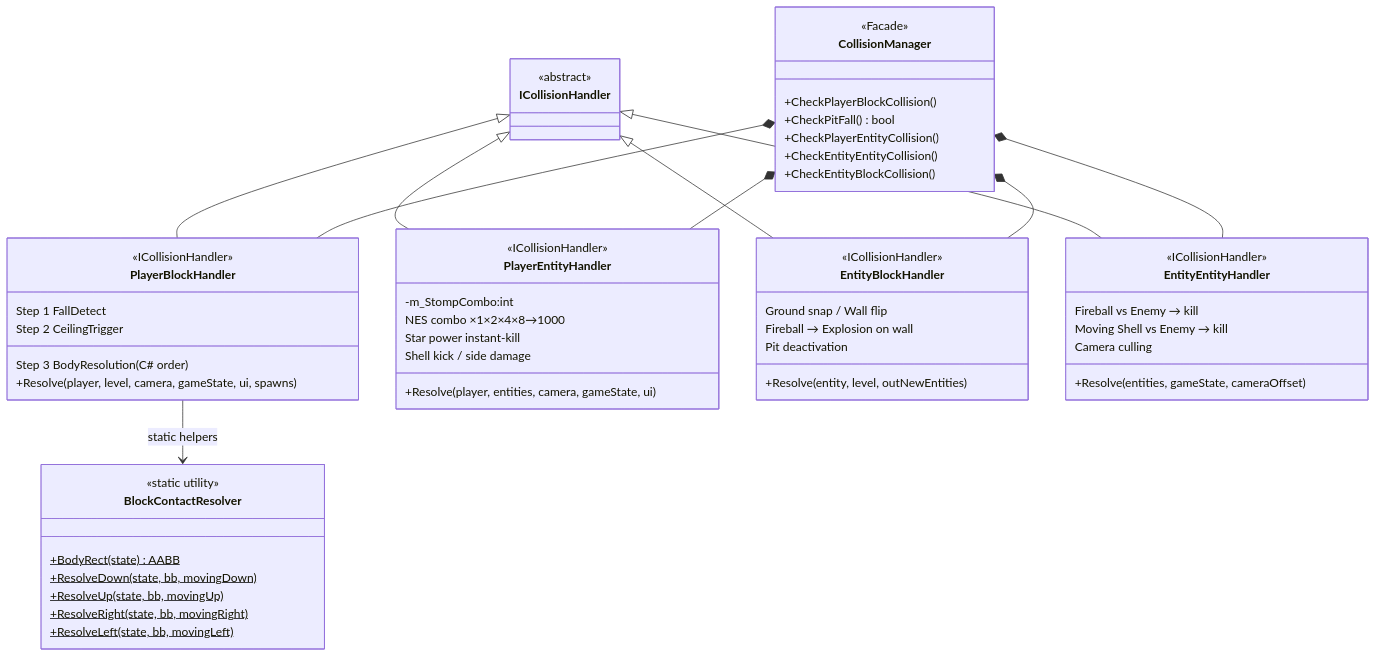
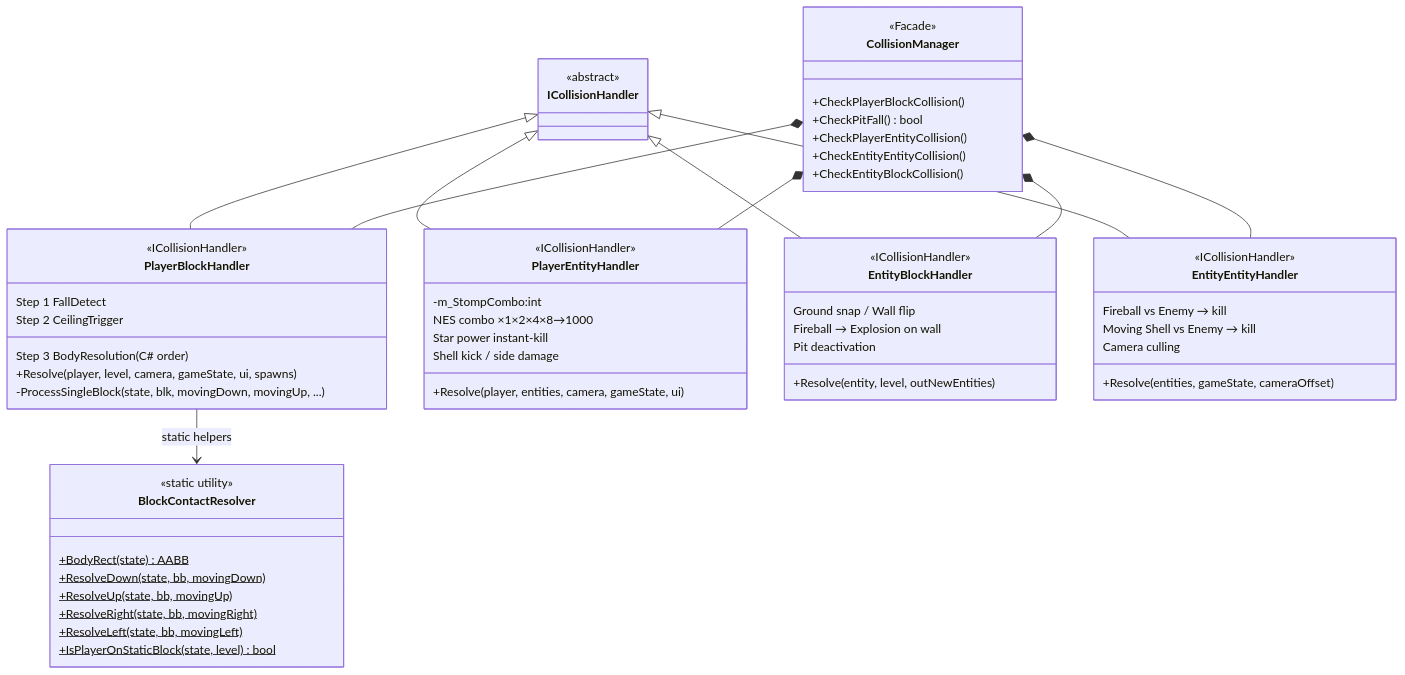
One commit to Andy87877/NTUT_OOPL_mario changed the fifth of 12 diagrams in Constructure.md. Above: the diagram before and after it, drawn with Mermaid. The commit also changed other lines of this file and 164 other files, not shown here.

````diff
--- a/Constructure.md
+++ b/Constructure.md
@@ -294,68 +304,70 @@
 ```mermaid
 classDiagram
     direction TB
 
     class ICollisionHandler { <<abstract>> }
 
     class BlockContactResolver {
         <<static utility>>
         +BodyRect(state)$ AABB
         +ResolveDown(state, bb, movingDown)$
         +ResolveUp(state, bb, movingUp)$
         +ResolveRight(state, bb, movingRight)$
         +ResolveLeft(state, bb, movingLeft)$
+        +IsPlayerOnStaticBlock(state, level)$ bool
     }
 
     class PlayerBlockHandler {
         <<ICollisionHandler>>
         Step 1 FallDetect
         Step 2 CeilingTrigger
         Step 3 BodyResolution (C# order)
         +Resolve(player, level, camera, gameState, ui, spawns)
+        -ProcessSingleBlock(state, blk, movingDown, movingUp, ...)
     }
 
     class PlayerEntityHandler {
         <<ICollisionHandler>>
         -m_StompCombo:int
         NES combo ×1×2×4×8→1000
         Star power instant-kill
         Shell kick / side damage
         +Resolve(player, entities, camera, gameState, ui)
     }
 
     class EntityBlockHandler {
         <<ICollisionHandler>>
         Ground snap / Wall flip
         Fireball → Explosion on wall
         Pit deactivation
         +Resolve(entity, level, outNewEntities)
     }
 
     class EntityEntityHandler {
         <<ICollisionHandler>>
         Fireball vs Enemy → kill
         Moving Shell vs Enemy → kill
         Camera culling
         +Resolve(entities, gameState, cameraOffset)
     }
 
     class CollisionManager {
         <<Facade>>
         +CheckPlayerBlockCollision()
         +CheckPitFall() bool
         +CheckPlayerEntityCollision()
         +CheckEntityEntityCollision()
         +CheckEntityBlockCollision()
     }
 
     ICollisionHandler <|-- PlayerBlockHandler
     ICollisionHandler <|-- PlayerEntityHandler
     ICollisionHandler <|-- EntityBlockHandler
     ICollisionHandler <|-- EntityEntityHandler
 
     PlayerBlockHandler --> BlockContactResolver : static helpers
     CollisionManager *-- PlayerBlockHandler
     CollisionManager *-- PlayerEntityHandler
     CollisionManager *-- EntityBlockHandler
     CollisionManager *-- EntityEntityHandler
 ```
````
